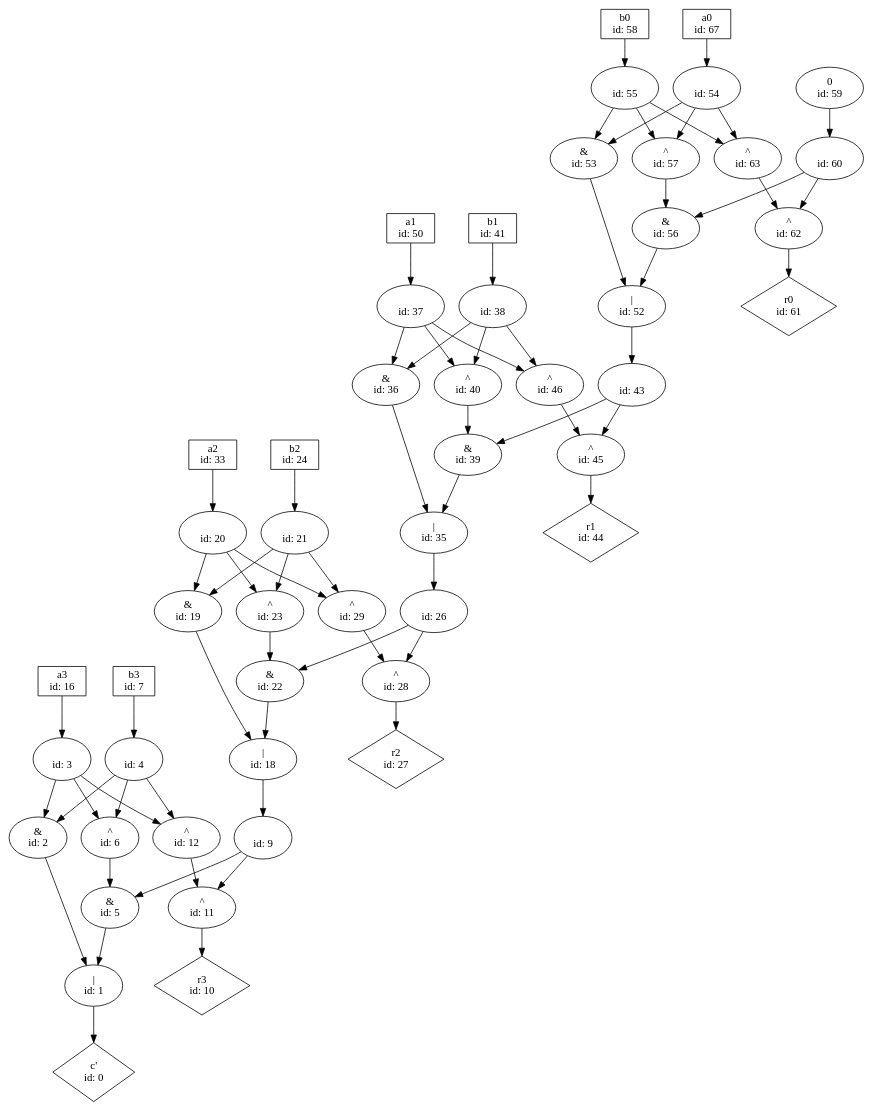
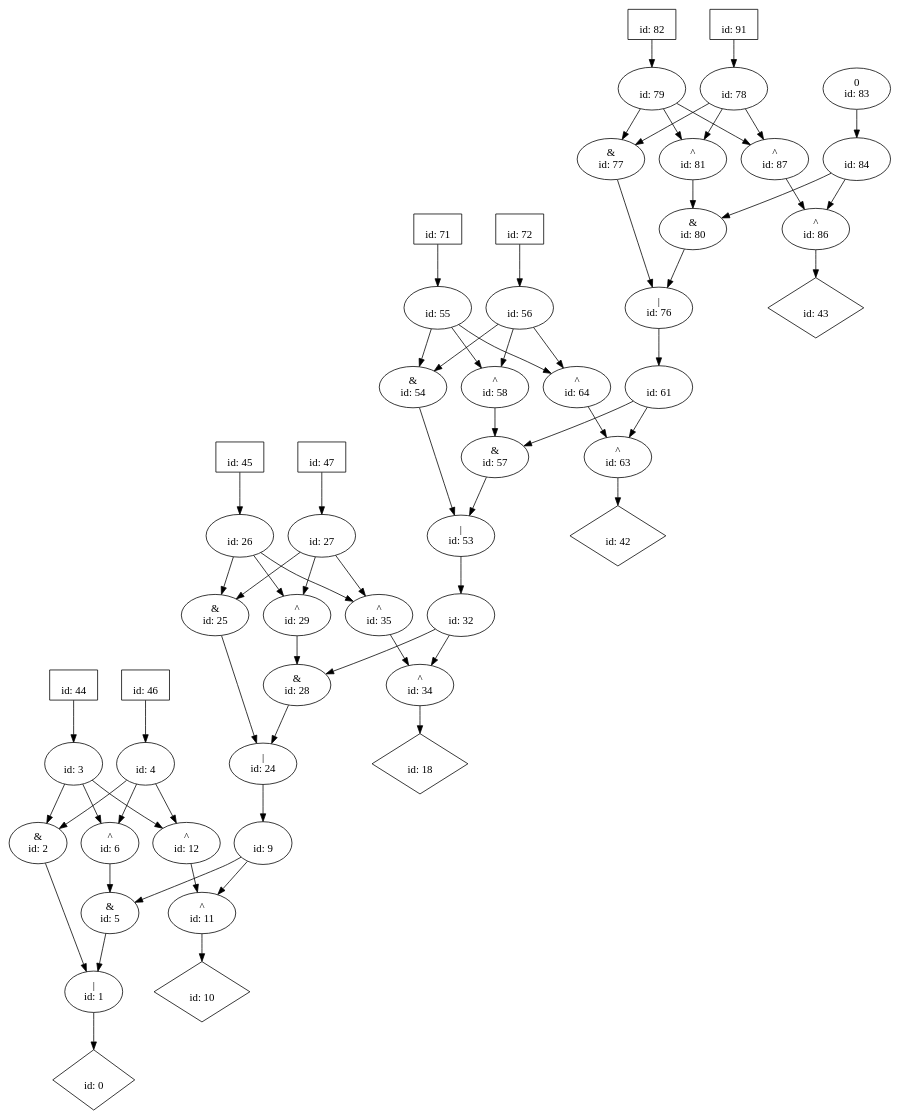
The diagram in dot_files/bool_circ/half_adder.dot (p9romain/bool-circuits), drawn with Graphviz before and after one commit. The commit also changed 70 other files, not shown here.

```diff
--- a/dot_files/bool_circ/half_adder.dot
+++ b/dot_files/bool_circ/half_adder.dot
@@ -1,117 +1,117 @@
 digraph G {
-n0 [label="c'\n id: 0",shape="diamond"];
+n0 [label="\n id: 0",shape="diamond"];
 n1 [label="|\n id: 1"];
 n2 [label="&\n id: 2"];
 n3 [label="\n id: 3"];
 n4 [label="\n id: 4"];
 n5 [label="&\n id: 5"];
 n6 [label="^\n id: 6"];
 n9 [label="\n id: 9"];
-n10 [label="r3\n id: 10",shape="diamond"];
+n10 [label="\n id: 10",shape="diamond"];
 n11 [label="^\n id: 11"];
 n12 [label="^\n id: 12"];
-n16 [label="a3\n id: 16",shape="box"];
-n7 [label="b3\n id: 7",shape="box"];
-n18 [label="|\n id: 18"];
-n19 [label="&\n id: 19"];
-n20 [label="\n id: 20"];
-n21 [label="\n id: 21"];
-n22 [label="&\n id: 22"];
-n23 [label="^\n id: 23"];
+n18 [label="\n id: 18",shape="diamond"];
+n24 [label="|\n id: 24"];
+n25 [label="&\n id: 25"];
 n26 [label="\n id: 26"];
-n27 [label="r2\n id: 27",shape="diamond"];
-n28 [label="^\n id: 28"];
+n27 [label="\n id: 27"];
+n28 [label="&\n id: 28"];
 n29 [label="^\n id: 29"];
-n33 [label="a2\n id: 33",shape="box"];
-n24 [label="b2\n id: 24",shape="box"];
-n35 [label="|\n id: 35"];
-n36 [label="&\n id: 36"];
-n37 [label="\n id: 37"];
-n38 [label="\n id: 38"];
-n39 [label="&\n id: 39"];
-n40 [label="^\n id: 40"];
-n43 [label="\n id: 43"];
-n44 [label="r1\n id: 44",shape="diamond"];
-n45 [label="^\n id: 45"];
-n46 [label="^\n id: 46"];
-n50 [label="a1\n id: 50",shape="box"];
-n41 [label="b1\n id: 41",shape="box"];
-n52 [label="|\n id: 52"];
-n53 [label="&\n id: 53"];
-n54 [label="\n id: 54"];
+n32 [label="\n id: 32"];
+n34 [label="^\n id: 34"];
+n35 [label="^\n id: 35"];
+n42 [label="\n id: 42",shape="diamond"];
+n43 [label="\n id: 43",shape="diamond"];
+n44 [label="\n id: 44",shape="box"];
+n45 [label="\n id: 45",shape="box"];
+n46 [label="\n id: 46",shape="box"];
+n47 [label="\n id: 47",shape="box"];
+n53 [label="|\n id: 53"];
+n54 [label="&\n id: 54"];
 n55 [label="\n id: 55"];
-n56 [label="&\n id: 56"];
-n57 [label="^\n id: 57"];
-n60 [label="\n id: 60"];
-n61 [label="r0\n id: 61",shape="diamond"];
-n62 [label="^\n id: 62"];
+n56 [label="\n id: 56"];
+n57 [label="&\n id: 57"];
+n58 [label="^\n id: 58"];
+n61 [label="\n id: 61"];
 n63 [label="^\n id: 63"];
-n67 [label="a0\n id: 67",shape="box"];
-n58 [label="b0\n id: 58",shape="box"];
-n59 [label="0\n id: 59"];
+n64 [label="^\n id: 64"];
+n71 [label="\n id: 71",shape="box"];
+n72 [label="\n id: 72",shape="box"];
+n76 [label="|\n id: 76"];
+n77 [label="&\n id: 77"];
+n78 [label="\n id: 78"];
+n79 [label="\n id: 79"];
+n80 [label="&\n id: 80"];
+n81 [label="^\n id: 81"];
+n84 [label="\n id: 84"];
+n86 [label="^\n id: 86"];
+n87 [label="^\n id: 87"];
+n91 [label="\n id: 91",shape="box"];
+n82 [label="\n id: 82",shape="box"];
+n83 [label="0\n id: 83"];
 n1 -> n0
 n2 -> n1
 n3 -> n2
 n3 -> n6
 n3 -> n12
 n4 -> n2
 n4 -> n6
 n4 -> n12
 n5 -> n1
 n6 -> n5
 n9 -> n5
 n9 -> n11
 n11 -> n10
 n12 -> n11
-n16 -> n3
-n7 -> n4
-n18 -> n9
-n19 -> n18
-n20 -> n19
-n20 -> n23
-n20 -> n29
-n21 -> n19
-n21 -> n23
-n21 -> n29
-n22 -> n18
-n23 -> n22
-n26 -> n22
-n26 -> n28
-n28 -> n27
+n24 -> n9
+n25 -> n24
+n26 -> n25
+n26 -> n29
+n26 -> n35
+n27 -> n25
+n27 -> n29
+n27 -> n35
+n28 -> n24
 n29 -> n28
-n33 -> n20
-n24 -> n21
-n35 -> n26
-n36 -> n35
-n37 -> n36
-n37 -> n40
-n37 -> n46
-n38 -> n36
-n38 -> n40
-n38 -> n46
-n39 -> n35
-n40 -> n39
-n43 -> n39
-n43 -> n45
-n45 -> n44
-n46 -> n45
-n50 -> n37
-n41 -> n38
-n52 -> n43
-n53 -> n52
+n32 -> n28
+n32 -> n34
+n34 -> n18
+n35 -> n34
+n44 -> n3
+n45 -> n26
+n46 -> n4
+n47 -> n27
+n53 -> n32
 n54 -> n53
-n54 -> n57
-n54 -> n63
-n55 -> n53
-n55 -> n57
-n55 -> n63
-n56 -> n52
-n57 -> n56
-n60 -> n56
-n60 -> n62
-n62 -> n61
-n63 -> n62
-n67 -> n54
-n58 -> n55
-n59 -> n60
+n55 -> n54
+n55 -> n58
+n55 -> n64
+n56 -> n54
+n56 -> n58
+n56 -> n64
+n57 -> n53
+n58 -> n57
+n61 -> n57
+n61 -> n63
+n63 -> n42
+n64 -> n63
+n71 -> n55
+n72 -> n56
+n76 -> n61
+n77 -> n76
+n78 -> n77
+n78 -> n81
+n78 -> n87
+n79 -> n77
+n79 -> n81
+n79 -> n87
+n80 -> n76
+n81 -> n80
+n84 -> n80
+n84 -> n86
+n86 -> n43
+n87 -> n86
+n91 -> n78
+n82 -> n79
+n83 -> n84
 }
```
